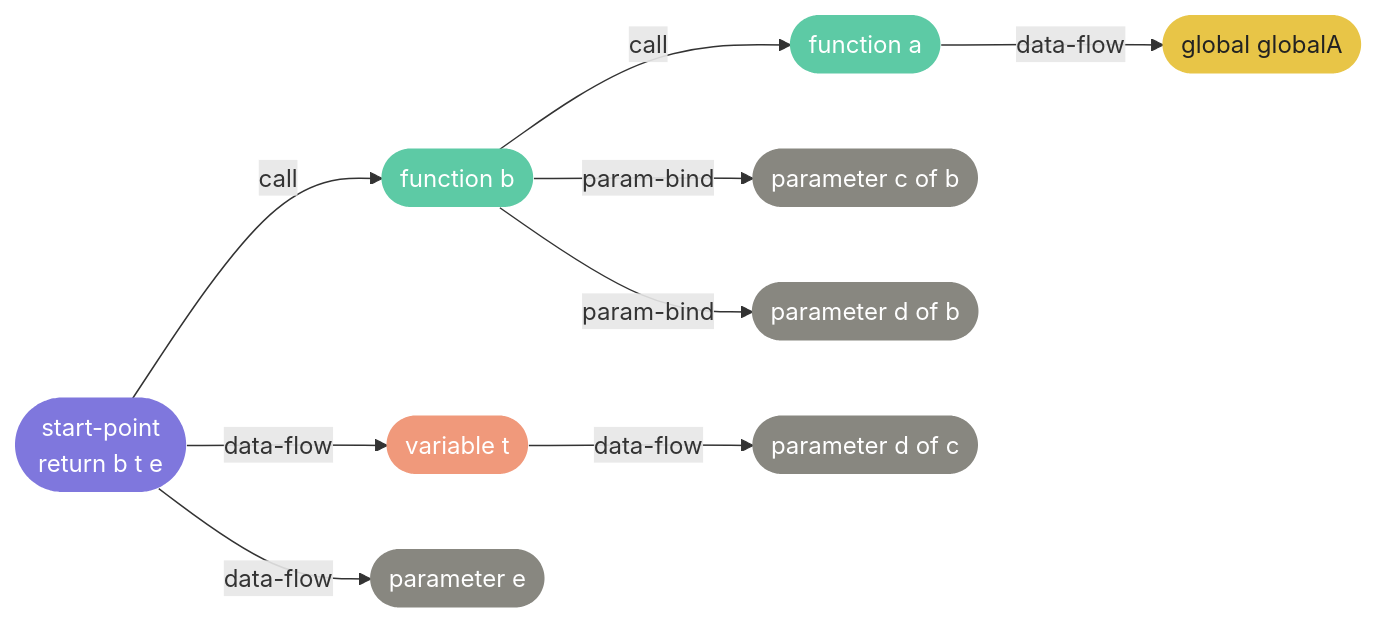
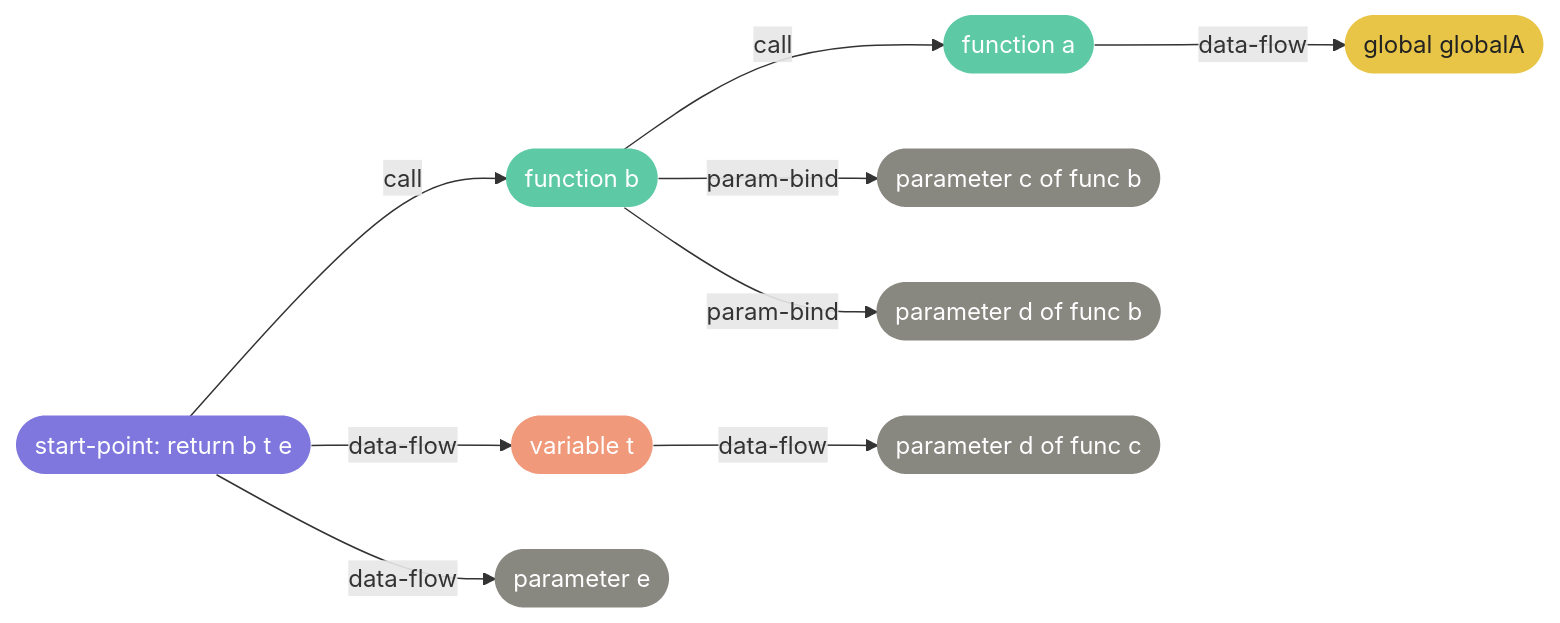
One commit to soranoo/lineage changed the third of 3 diagrams in README.md. Above: the diagram before and after it, drawn with Mermaid. The commit also changed other lines of this file, not shown here.

````diff
--- a/README.md
+++ b/README.md
@@ -199,22 +395,22 @@
 ```mermaid
 graph LR
-    SP([start-point\nreturn b t e]):::sp
+    SP([start-point: return b t e]):::sp
 
     SP -->|call| B([function b]):::fn
     SP -->|data-flow| T([variable t]):::var
     SP -->|data-flow| E([parameter e]):::param
 
     B -->|call| A([function a]):::fn
-    B -->|param-bind| PC([parameter c of b]):::param
-    B -->|param-bind| PD([parameter d of b]):::param
+    B -->|param-bind| PC([parameter c of func b]):::param
+    B -->|param-bind| PD([parameter d of func b]):::param
 
-    T -->|data-flow| D([parameter d of c]):::param
+    T -->|data-flow| D([parameter d of func c]):::param
 
     A -->|data-flow| G([global globalA]):::global
 
     classDef sp     fill:#7F77DD,color:#fff,stroke:none
     classDef fn     fill:#5DCAA5,color:#fff,stroke:none
     classDef var    fill:#F0997B,color:#fff,stroke:none
     classDef param  fill:#888780,color:#fff,stroke:none
     classDef global fill:#E8C547,color:#222,stroke:none
 ```
````
